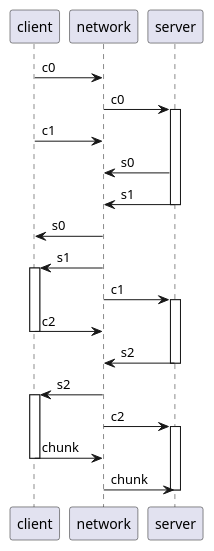
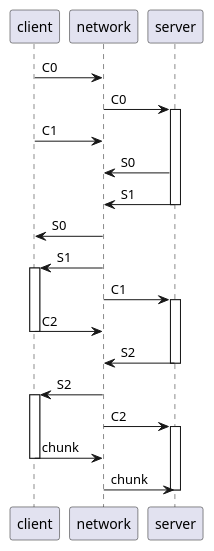
Before and after one commit to ejb-castis/rtmp-module-dev: the fifth of 5 diagrams in doc/rtmp.md, drawn with PlantUML. The commit also changed other lines of this file and 9 other files, not shown here.

````diff
--- a/doc/rtmp.md
+++ b/doc/rtmp.md
@@ -98,26 +96,26 @@
 ```puml
-client -> network : c0
-network -> server : c0
+client -> network : C0
+network -> server : C0
 activate server
-client -> network : c1
-server -> network : s0
-server -> network : s1
+client -> network : C1
+server -> network : S0
+server -> network : S1
 deactivate server
-network -> client : s0
-network -> client : s1
+network -> client : S0
+network -> client : S1
 activate client
-network -> server : c1
+network -> server : C1
 activate server
-client -> network : c2
+client -> network : C2
 deactivate client
-server -> network : s2
+server -> network : S2
 deactivate server
-network -> client : s2
+network -> client : S2
 activate client
-network -> server : c2
+network -> server : C2
 activate server
 client -> network : chunk
 deactivate client
 network -> server : chunk
 deactivate server
 ```
````
